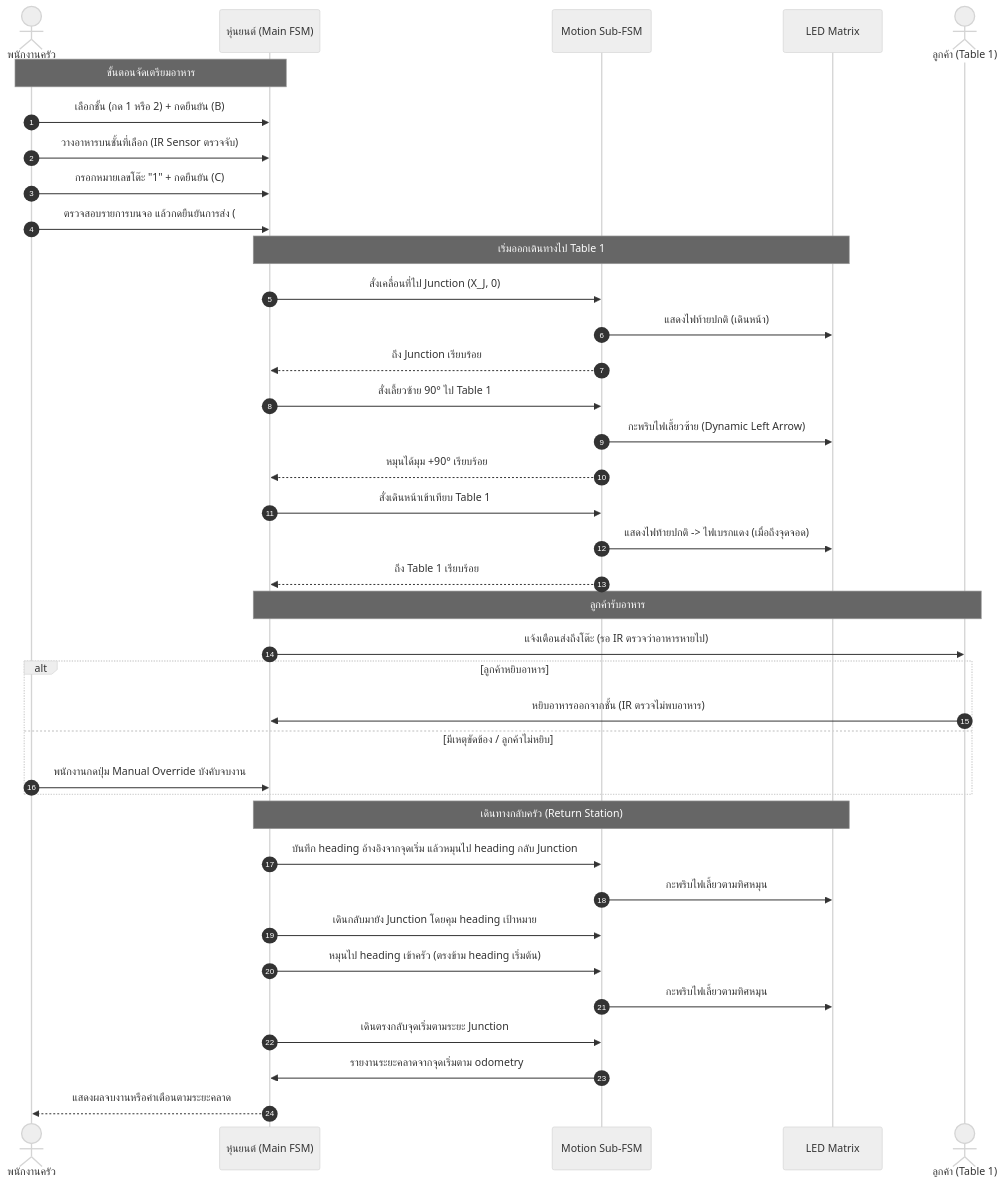
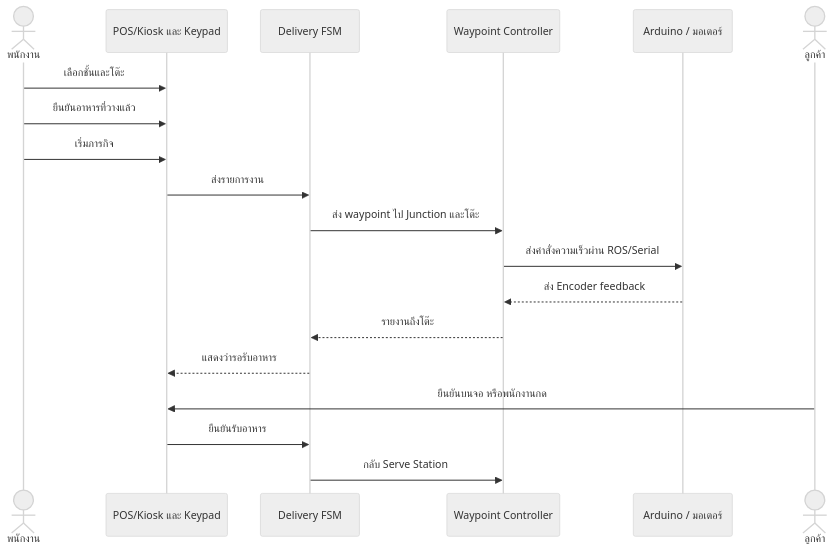
Before and after one commit to AungpaoK/EmbeddedProj: the first of 2 diagrams in docs/scenario.md, drawn with Mermaid (neutral theme). The commit also changed other lines of this file and 6 other files, not shown here.

First line of the commit message:
Update operation scenarios and setup documentation for food delivery robot

````diff
--- a/docs/scenario.md
+++ b/docs/scenario.md
@@ -45,46 +56,22 @@
-```mermaid
+~~~mermaid
 sequenceDiagram
-    autonumber
-    actor Staff as พนักงานครัว
-    participant Robot as หุ่นยนต์ (Main FSM)
-    participant Motion as Motion Sub-FSM
-    participant LED as LED Matrix
-    actor Customer as ลูกค้า (Table 1)
+    actor Staff as พนักงาน
+    participant POS as POS/Kiosk และ Keypad
+    participant FSM as Delivery FSM
+    participant Motion as Waypoint Controller
+    participant Robot as Arduino / มอเตอร์
+    actor Customer as ลูกค้า
 
-    Note over Staff,Robot: ขั้นตอนจัดเตรียมอาหาร
-    Staff->>Robot: เลือกชั้น (กด 1 หรือ 2) + กดยืนยัน (B)
-    Staff->>Robot: วางอาหารบนชั้นที่เลือก (IR Sensor ตรวจจับ)
-    Staff->>Robot: กรอกหมายเลขโต๊ะ "1" + กดยืนยัน (C)
-    Staff->>Robot: ตรวจสอบรายการบนจอ แล้วกดยืนยันการส่ง (#)
-
-    Note over Robot,LED: เริ่มออกเดินทางไป Table 1
-    Robot->>Motion: สั่งเคลื่อนที่ไป Junction (X_J, 0)
-    Motion->>LED: แสดงไฟท้ายปกติ (เดินหน้า)
-    Motion-->>Robot: ถึง Junction เรียบร้อย
-
-    Robot->>Motion: สั่งเลี้ยวซ้าย 90° ไป Table 1
-    Motion->>LED: กะพริบไฟเลี้ยวซ้าย (Dynamic Left Arrow)
-    Motion-->>Robot: หมุนได้มุม +90° เรียบร้อย
-
-    Robot->>Motion: สั่งเดินหน้าเข้าเทียบ Table 1
-    Motion->>LED: แสดงไฟท้ายปกติ -> ไฟเบรกแดง (เมื่อถึงจุดจอด)
-    Motion-->>Robot: ถึง Table 1 เรียบร้อย
-
-    Note over Robot,Customer: ลูกค้ารับอาหาร
-    Robot->>Customer: แจ้งเตือนส่งถึงโต๊ะ (รอ IR ตรวจว่าอาหารหายไป)
-    alt ลูกค้าหยิบอาหาร
-        Customer->>Robot: หยิบอาหารออกจากชั้น (IR ตรวจไม่พบอาหาร)
-    else มีเหตุขัดข้อง / ลูกค้าไม่หยิบ
-        Staff->>Robot: พนักงานกดปุ่ม Manual Override บังคับจบงาน
-    end
-
-    Note over Robot,LED: เดินทางกลับครัว (Return Station)
-    Robot->>Motion: บันทึก heading อ้างอิงจากจุดเริ่ม แล้วหมุนไป heading กลับ Junction
-    Motion->>LED: กะพริบไฟเลี้ยวตามทิศหมุน
-    Robot->>Motion: เดินกลับมายัง Junction โดยคุม heading เป้าหมาย
-    Robot->>Motion: หมุนไป heading เข้าครัว (ตรงข้าม heading เริ่มต้น)
-    Motion->>LED: กะพริบไฟเลี้ยวตามทิศหมุน
-    Robot->>Motion: เดินตรงกลับจุดเริ่มตามระยะ Junction
-    Motion->>Robot: รายงานระยะคลาดจากจุดเริ่มตาม odometry
-    Robot-->>Staff: แสดงผลจบงานหรือคำเตือนตามระยะคลาด
-```
+    Staff->>POS: เลือกชั้นและโต๊ะ
+    Staff->>POS: ยืนยันอาหารที่วางแล้ว
+    Staff->>POS: เริ่มภารกิจ
+    POS->>FSM: ส่งรายการงาน
+    FSM->>Motion: ส่ง waypoint ไป Junction และโต๊ะ
+    Motion->>Robot: ส่งคำสั่งความเร็วผ่าน ROS/Serial
+    Robot-->>Motion: ส่ง Encoder feedback
+    Motion-->>FSM: รายงานถึงโต๊ะ
+    FSM-->>POS: แสดงว่ารอรับอาหาร
+    Customer->>POS: ยืนยันบนจอ หรือพนักงานกด # ที่ Keypad
+    POS->>FSM: ยืนยันรับอาหาร
+    FSM->>Motion: กลับ Serve Station
+~~~
````
